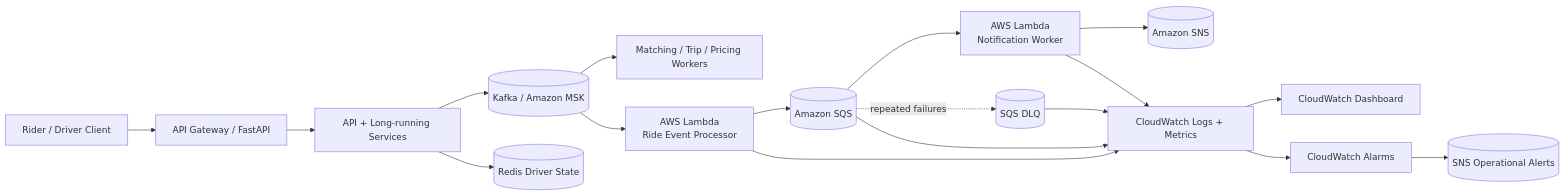
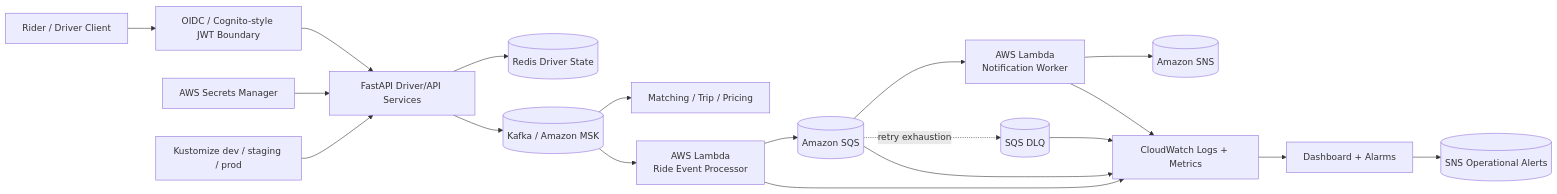
One commit to CoreyLeath-code/Scalable-Event-Driven-Ride-Sharing-Platform changed the diagram in README.md. Above: the diagram before and after it, drawn with Mermaid. The commit also changed other lines of this file and 6 other files, not shown here.

````diff
--- a/README.md
+++ b/README.md
@@ -24,22 +22,24 @@
 ```mermaid
 flowchart LR
-    Client[Rider / Driver Client] --> Gateway[API Gateway / FastAPI]
-    Gateway --> Services[API + Long-running Services]
-    Services --> Kafka[(Kafka / Amazon MSK)]
-    Services --> Redis[(Redis Driver State)]
+    Client[Rider / Driver Client] --> Auth[OIDC / Cognito-style JWT Boundary]
+    Auth --> API[FastAPI Driver/API Services]
+    Secrets[AWS Secrets Manager] --> API
+    API --> Redis[(Redis Driver State)]
+    API --> Kafka[(Kafka / Amazon MSK)]
 
-    Kafka --> Matching[Matching / Trip / Pricing Workers]
+    Kafka --> Matching[Matching / Trip / Pricing]
     Kafka --> Lambda1[AWS Lambda\nRide Event Processor]
     Lambda1 --> SQS[(Amazon SQS)]
     SQS --> Lambda2[AWS Lambda\nNotification Worker]
-    SQS -. repeated failures .-> DLQ[(SQS DLQ)]
+    SQS -. retry exhaustion .-> DLQ[(SQS DLQ)]
     Lambda2 --> SNS[(Amazon SNS)]
 
     Lambda1 --> CW[CloudWatch Logs + Metrics]
     Lambda2 --> CW
     SQS --> CW
     DLQ --> CW
-    CW --> Dashboard[CloudWatch Dashboard]
-    CW --> Alarms[CloudWatch Alarms]
-    Alarms --> OpsSNS[(SNS Operational Alerts)]
+    CW --> Dash[Dashboard + Alarms]
+    Dash --> Ops[(SNS Operational Alerts)]
+
+    K8s[Kustomize dev / staging / prod] --> API
 ```
````
